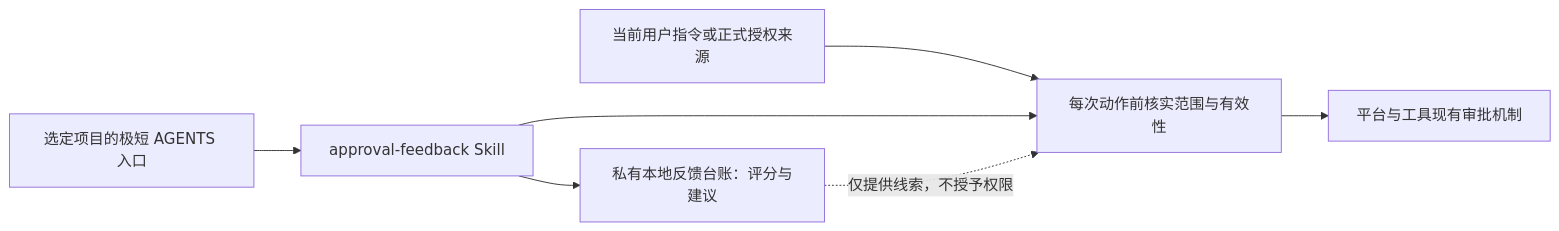
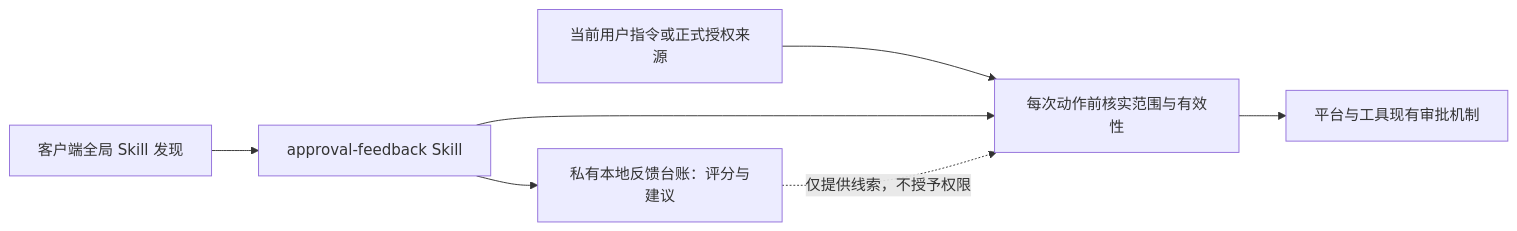
One commit to MaginaLW/ai-agent-dotfiles changed the diagram in docs/APPROVAL_FEEDBACK_PRINCIPLES_2026-11-01.md. Above: the diagram before and after it, drawn with Mermaid. The commit also changed other lines of this file and 10 other files, not shown here.

````diff
--- a/docs/APPROVAL_FEEDBACK_PRINCIPLES_2026-11-01.md
+++ b/docs/APPROVAL_FEEDBACK_PRINCIPLES_2026-11-01.md
@@ -26,9 +26,9 @@
 ```mermaid
 flowchart LR
-    A[选定项目的极短 AGENTS 入口] --> S[approval-feedback Skill]
+    A[客户端全局 Skill 发现] --> S[approval-feedback Skill]
     S --> J[私有本地反馈台账：评分与建议]
     U[当前用户指令或正式授权来源] --> C[每次动作前核实范围与有效性]
     S --> C
     C --> P[平台与工具现有审批机制]
     J -.仅提供线索，不授予权限.-> C
 ```
````
